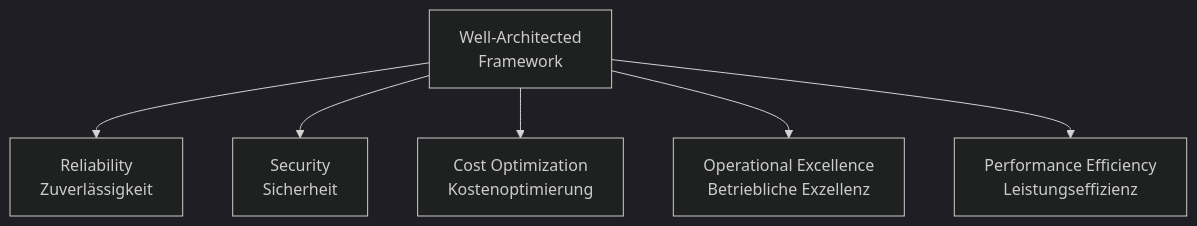
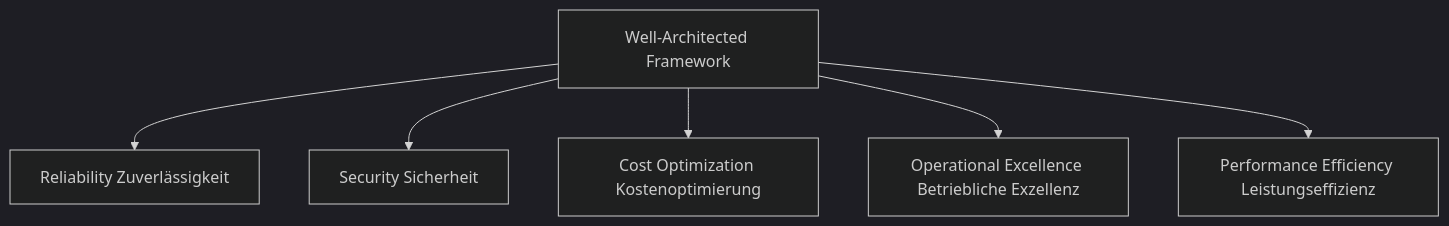
Before and after one commit to SoniiiT/notes-n-docs: the first of 4 diagrams in Microsoft 365/Azure/Grundlagen/Azure Well-Architected Framework.md, drawn with Mermaid (dark theme). The commit also changed other lines of this file and 124 other files, not shown here.

First line of the commit message:
fix: Entferne \n aus allen Mermaid-Diagrammen (125 Dateien)

````diff
--- a/Microsoft 365/Azure/Grundlagen/Azure Well-Architected Framework.md
+++ b/Microsoft 365/Azure/Grundlagen/Azure Well-Architected Framework.md
@@ -49,8 +49,8 @@
 ```mermaid
 graph TD
-    WAF[Well-Architected\nFramework] --> REL[Reliability\nZuverlässigkeit]
-    WAF --> SEC[Security\nSicherheit]
-    WAF --> COST[Cost Optimization\nKostenoptimierung]
-    WAF --> OPS[Operational Excellence\nBetriebliche Exzellenz]
-    WAF --> PERF[Performance Efficiency\nLeistungseffizienz]
+    WAF[Well-Architected Framework] --> REL[Reliability Zuverlässigkeit]
+    WAF --> SEC[Security Sicherheit]
+    WAF --> COST[Cost Optimization Kostenoptimierung]
+    WAF --> OPS[Operational Excellence Betriebliche Exzellenz]
+    WAF --> PERF[Performance Efficiency Leistungseffizienz]
 ```
````
